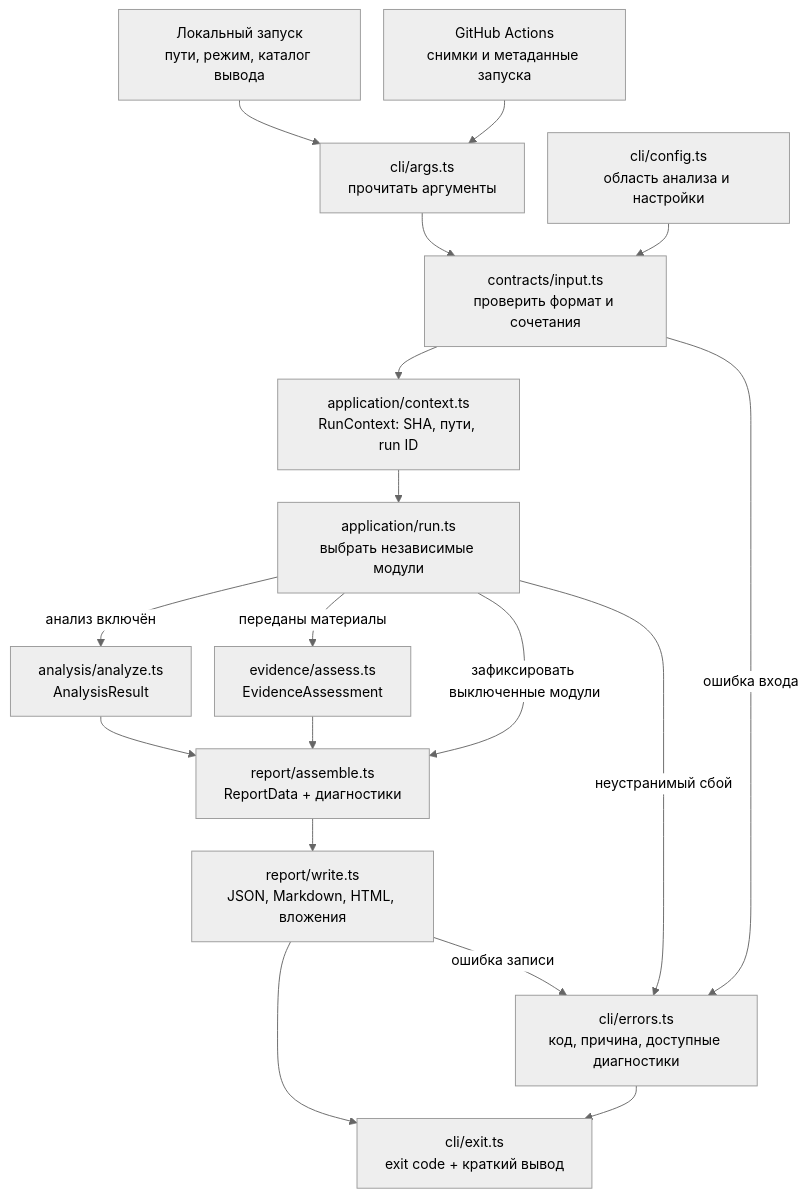
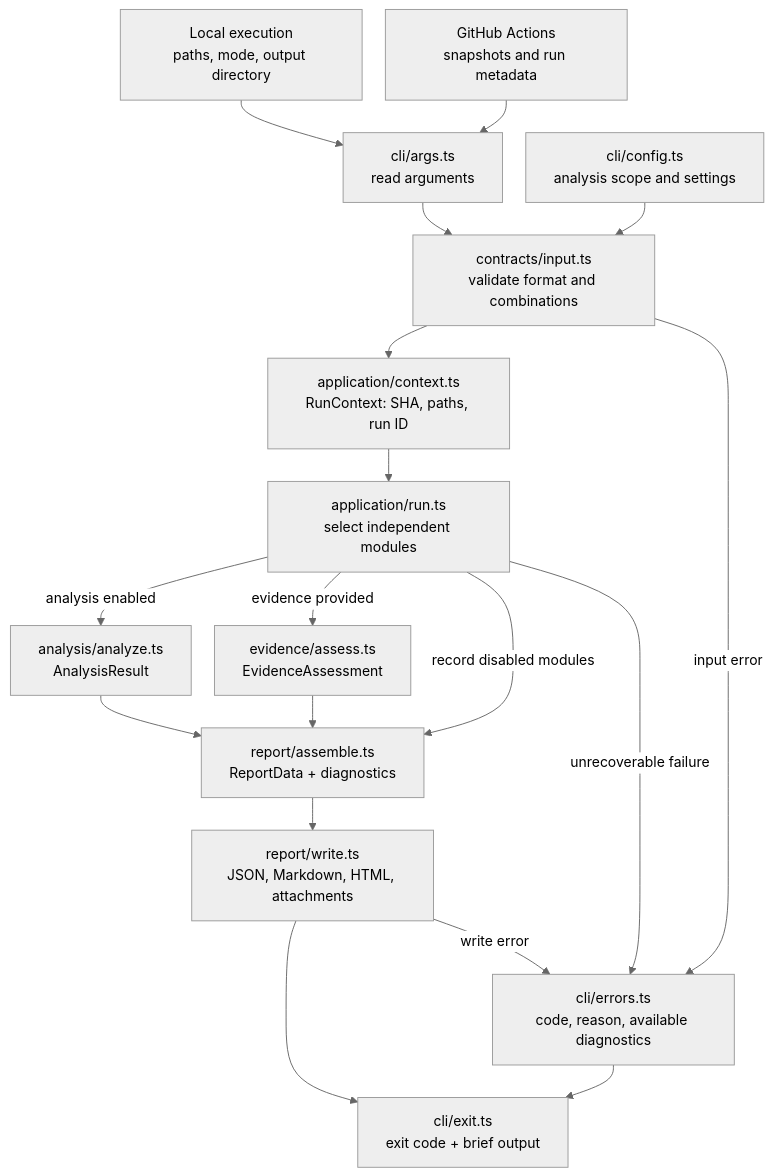
The diagram in diagrams/v1-cli.mmd (rustic0la/codebase-mapper), drawn with Mermaid before and after one commit. The commit also changed 23 other files, not shown here.

```diff
--- a/diagrams/v1-cli.mmd
+++ b/diagrams/v1-cli.mmd
@@ -1,20 +1,20 @@
 %%{init: {"theme":"neutral","flowchart":{"curve":"basis","nodeSpacing":25,"rankSpacing":35},"themeVariables":{"fontSize":"15px"}}}%%
 flowchart TD
-  LOCAL["Локальный запуск<br/>пути, режим, каталог вывода"] --> CLI
-  CI["GitHub Actions<br/>снимки и метаданные запуска"] --> CLI
-  CLI["cli/args.ts<br/>прочитать аргументы"] --> VALIDATE
-  CONFIG["cli/config.ts<br/>область анализа и настройки"] --> VALIDATE
-  VALIDATE["contracts/input.ts<br/>проверить формат и сочетания"] --> CONTEXT
-  VALIDATE -->|"ошибка входа"| ERROR
-  CONTEXT["application/context.ts<br/>RunContext: SHA, пути, run ID"] --> RUN
-  RUN["application/run.ts<br/>выбрать независимые модули"] -->|"анализ включён"| ANALYSIS
-  RUN -->|"переданы материалы"| EVIDENCE
-  RUN -->|"зафиксировать выключенные модули"| ASSEMBLE
+  LOCAL["Local execution<br/>paths, mode, output directory"] --> CLI
+  CI["GitHub Actions<br/>snapshots and run metadata"] --> CLI
+  CLI["cli/args.ts<br/>read arguments"] --> VALIDATE
+  CONFIG["cli/config.ts<br/>analysis scope and settings"] --> VALIDATE
+  VALIDATE["contracts/input.ts<br/>validate format and combinations"] --> CONTEXT
+  VALIDATE -->|"input error"| ERROR
+  CONTEXT["application/context.ts<br/>RunContext: SHA, paths, run ID"] --> RUN
+  RUN["application/run.ts<br/>select independent modules"] -->|"analysis enabled"| ANALYSIS
+  RUN -->|"evidence provided"| EVIDENCE
+  RUN -->|"record disabled modules"| ASSEMBLE
   ANALYSIS["analysis/analyze.ts<br/>AnalysisResult"] --> ASSEMBLE
   EVIDENCE["evidence/assess.ts<br/>EvidenceAssessment"] --> ASSEMBLE
-  ASSEMBLE["report/assemble.ts<br/>ReportData + диагностики"] --> WRITE
-  WRITE["report/write.ts<br/>JSON, Markdown, HTML, вложения"] --> EXIT
-  RUN -->|"неустранимый сбой"| ERROR
-  WRITE -->|"ошибка записи"| ERROR
-  ERROR["cli/errors.ts<br/>код, причина, доступные диагностики"] --> EXIT
-  EXIT["cli/exit.ts<br/>exit code + краткий вывод"]
+  ASSEMBLE["report/assemble.ts<br/>ReportData + diagnostics"] --> WRITE
+  WRITE["report/write.ts<br/>JSON, Markdown, HTML, attachments"] --> EXIT
+  RUN -->|"unrecoverable failure"| ERROR
+  WRITE -->|"write error"| ERROR
+  ERROR["cli/errors.ts<br/>code, reason, available diagnostics"] --> EXIT
+  EXIT["cli/exit.ts<br/>exit code + brief output"]
```
